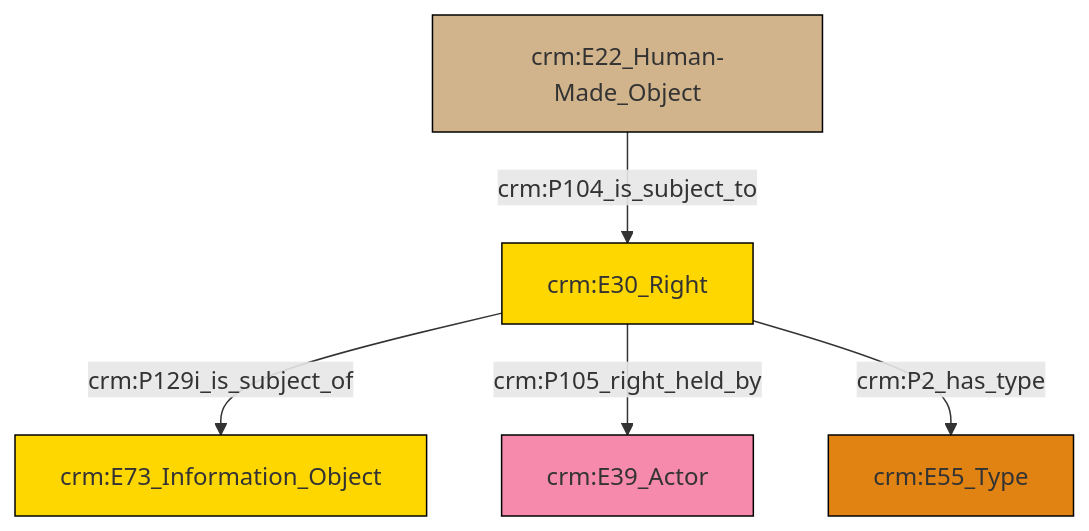
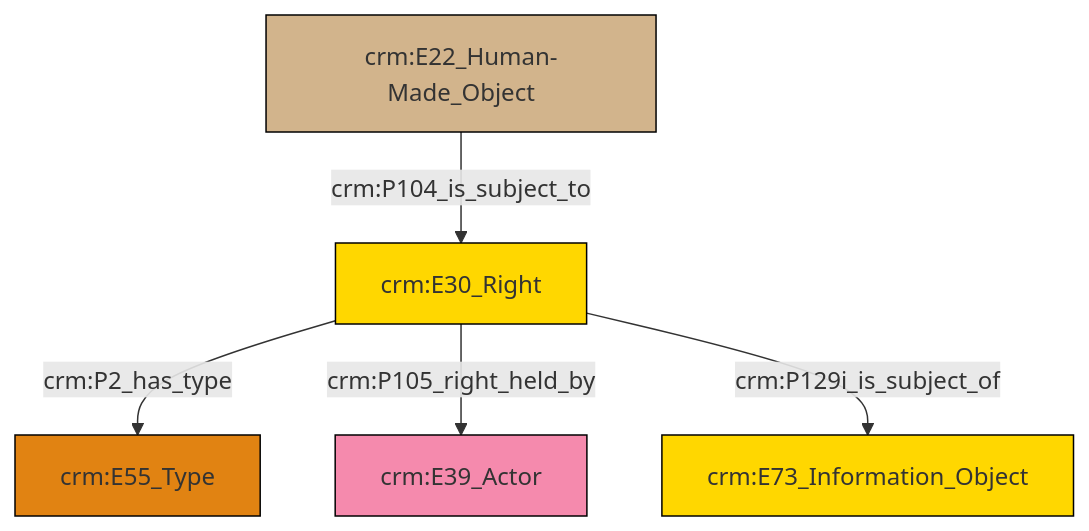
One commit to swiss-art-research-net/docs.swissartresearch changed the diagram in et/carrierCSV/ttl/mmd/carrier_rights.ttl.mmd. Above: the diagram before and after it, drawn with Mermaid. The commit also changed 210 other files, not shown here.

```diff
--- a/et/carrierCSV/ttl/mmd/carrier_rights.ttl.mmd
+++ b/et/carrierCSV/ttl/mmd/carrier_rights.ttl.mmd
@@ -1,19 +1,19 @@
 graph TD
 classDef Literal fill:#f2f2f2,stroke:#000000;
 classDef CRM_Entity fill:#FFFFFF,stroke:#000000;
 classDef Temporal_Entity fill:#00C9E6, stroke:#000000;
 classDef Type fill:#E18312, stroke:#000000;
 classDef Time-Span fill:#2C9C91, stroke:#000000;
 classDef Appellation fill:#FFEB7F, stroke:#000000;
 classDef Place fill:#008836, stroke:#000000;
 classDef Persistent_Item fill:#B266B2, stroke:#000000;
 classDef Conceptual_Object fill:#FFD700, stroke:#000000;
 classDef Physical_Thing fill:#D2B48C, stroke:#000000;
 classDef Actor fill:#f58aad, stroke:#000000;
 classDef PC_Classes fill:#4ce600, stroke:#000000;
 classDef Multi fill:#cccccc,stroke:#000000;
 
-0["crm:E30_Right"]:::Conceptual_Object -->|crm:P129i_is_subject_of| 1["crm:E73_Information_Object"]:::Conceptual_Object
-0["crm:E30_Right"]:::Conceptual_Object -->|crm:P105_right_held_by| 7["crm:E39_Actor"]:::Actor
-0["crm:E30_Right"]:::Conceptual_Object -->|crm:P2_has_type| 5["crm:E55_Type"]:::Type
+0["crm:E30_Right"]:::Conceptual_Object -->|crm:P2_has_type| 1["crm:E55_Type"]:::Type
 3["crm:E22_Human-Made_Object"]:::Physical_Thing -->|crm:P104_is_subject_to| 0["crm:E30_Right"]:::Conceptual_Object
+0["crm:E30_Right"]:::Conceptual_Object -->|crm:P105_right_held_by| 5["crm:E39_Actor"]:::Actor
+0["crm:E30_Right"]:::Conceptual_Object -->|crm:P129i_is_subject_of| 6["crm:E73_Information_Object"]:::Conceptual_Object
```
